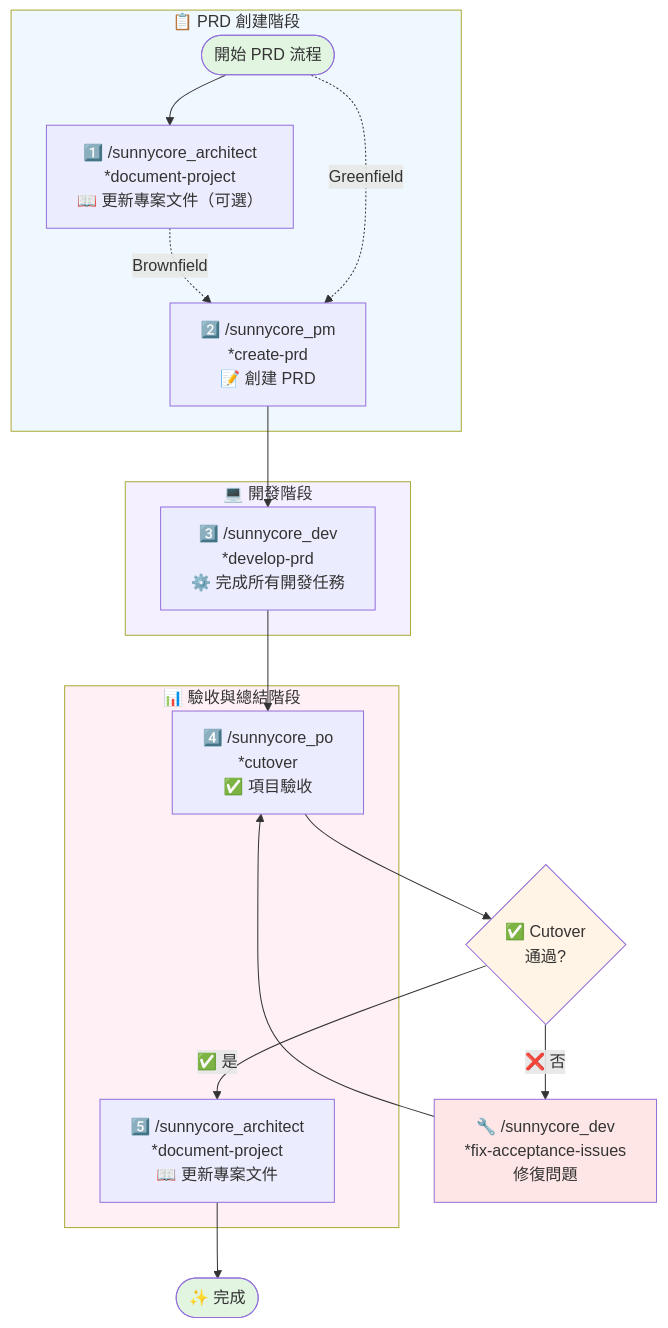
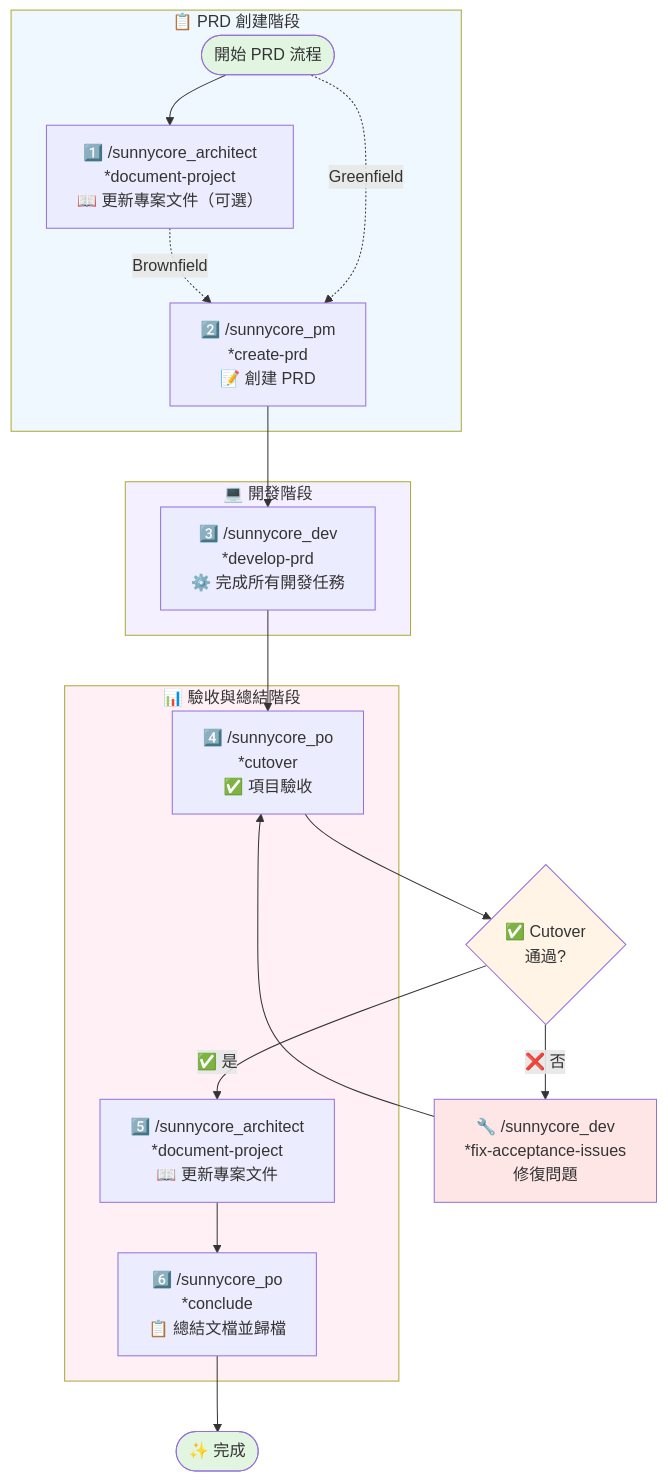
One commit to Yamiyorunoshura/sunnycore changed the first of 3 diagrams in claude code/README.md. Above: the diagram before and after it, drawn with Mermaid. The commit also changed other lines of this file and 25 other files, not shown here.

````diff
--- a/claude code/README.md
+++ b/claude code/README.md
@@ -56,41 +57,43 @@
 ```mermaid
 flowchart TD
     Start([開始 PRD 流程]) --> A0
     
     subgraph Phase1 ["📋 PRD 創建階段"]
         A0["1️⃣ /sunnycore_architect<br/>*document-project<br/>📖 更新專案文件（可選）"]
         A1["2️⃣ /sunnycore_pm<br/>*create-prd<br/>📝 創建 PRD"]
         A0 -.->|"Brownfield"| A1
         Start -.->|"Greenfield"| A1
     end
     
     subgraph Phase2 ["💻 開發階段"]
         B1["3️⃣ /sunnycore_dev<br/>*develop-prd<br/>⚙️ 完成所有開發任務"]
     end
     
     subgraph Phase3 ["📊 驗收與總結階段"]
         C0["4️⃣ /sunnycore_po<br/>*cutover<br/>✅ 項目驗收"]
         C1["5️⃣ /sunnycore_architect<br/>*document-project<br/>📖 更新專案文件"]
+        C2["6️⃣ /sunnycore_po<br/>*conclude<br/>📋 總結文檔並歸檔"]
     end
     
     D1{"✅ Cutover<br/>通過?"}
     R1["🔧 /sunnycore_dev<br/>*fix-acceptance-issues<br/>修復問題"]
     
     Done([✨ 完成])
     
     A1 --> B1
     B1 --> C0
     C0 --> D1
     D1 -->|"❌ 否"| R1
     R1 --> C0
     D1 -->|"✅ 是"| C1
-    C1 --> Done
+    C1 --> C2
+    C2 --> Done
     
     style Start fill:#e1f5e1
     style Done fill:#e1f5e1
     style D1 fill:#fff4e6
     style R1 fill:#ffe6e6
     style Phase1 fill:#f0f8ff
     style Phase2 fill:#f5f0ff
     style Phase3 fill:#fff0f5
 ```
````
